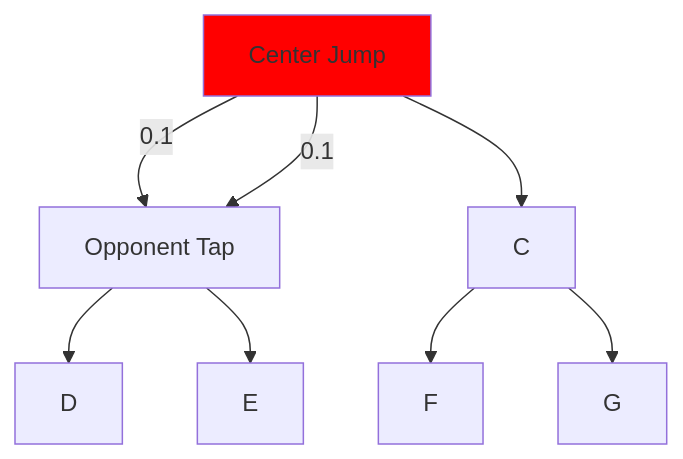
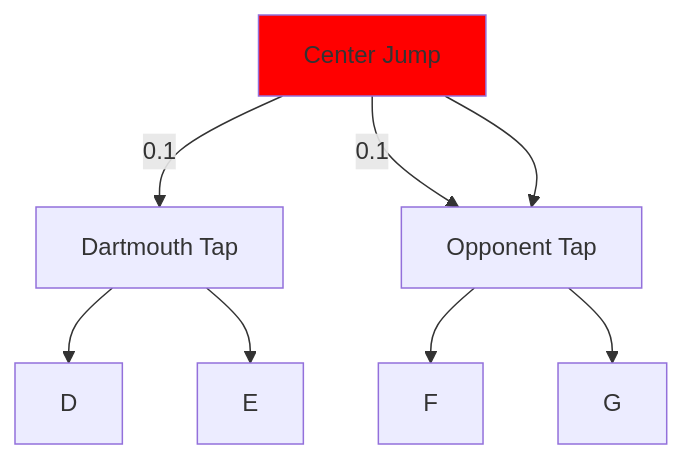
One commit to JimbyRaynor/BasketBall changed the diagram in README.md. Above: the diagram before and after it, drawn with Mermaid.

````diff
--- a/README.md
+++ b/README.md
@@ -5,13 +5,13 @@
 ```mermaid 
 graph TD;
     A[Center Jump]-->|0.1|B[Dartmouth Tap];
-    A[Center Jump]-->|0.1|B[Opponent Tap];
+    A[Center Jump]-->|0.1|C[Opponent Tap];
     A-->C;
     B-->D;
     B-->E;
     C-->F;
     C-->G;
 
 style A fill:#ff0000;
 
 ```
````
